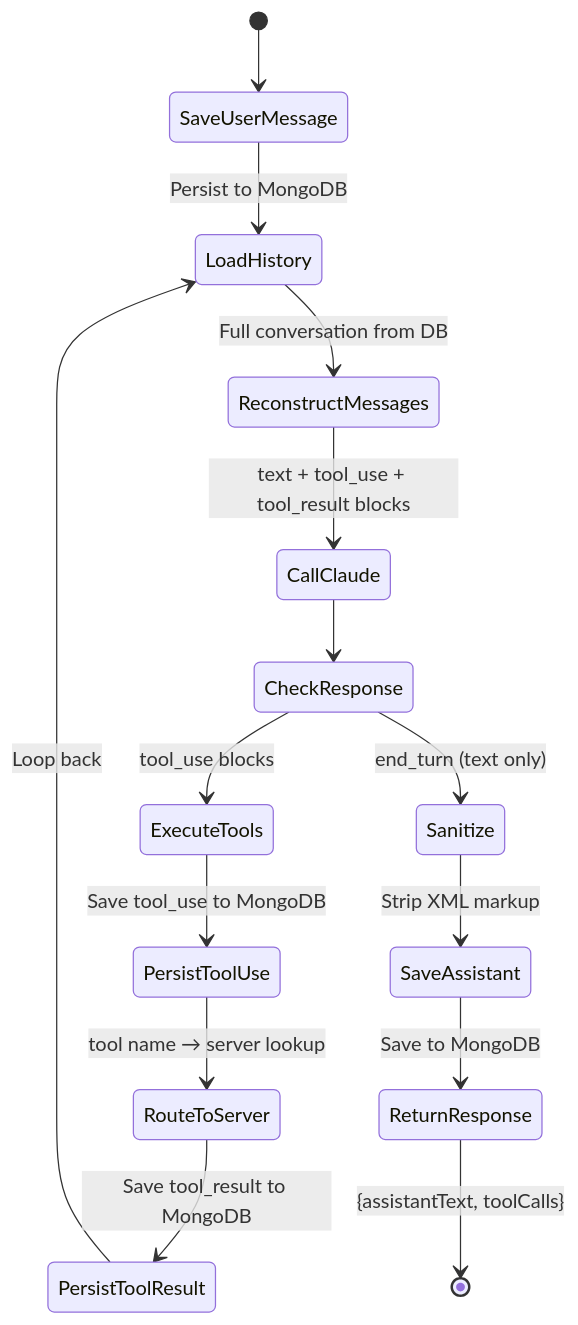
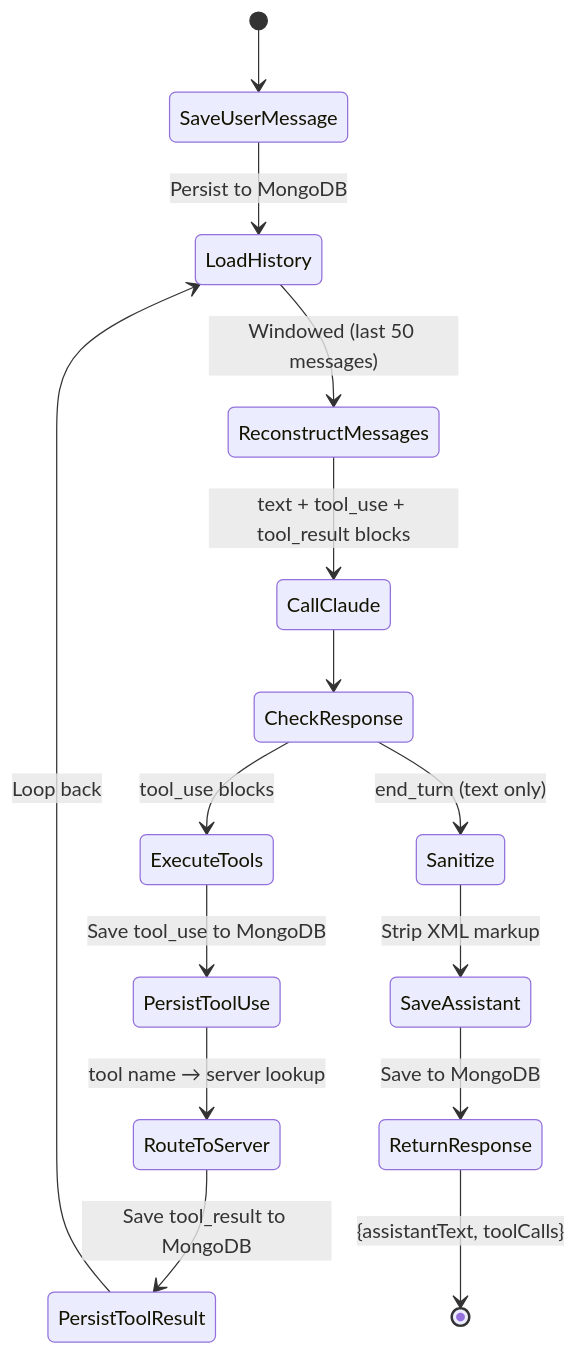
One commit to Isprava/lohono-db-connect changed the eighth of 22 diagrams in Documentation.md. Above: the diagram before and after it, drawn with Mermaid. The commit also changed other lines of this file and 35 other files, not shown here.

First line of the commit message:
feat: modularize architecture with plugin system, circuit breakers, Redis caching, and ACL refactor

````diff
--- a/Documentation.md
+++ b/Documentation.md
@@ -258,20 +283,20 @@
 ```mermaid
 stateDiagram-v2
     [*] --> SaveUserMessage
     SaveUserMessage --> LoadHistory: Persist to MongoDB
-    LoadHistory --> ReconstructMessages: Full conversation from DB
+    LoadHistory --> ReconstructMessages: Windowed (last 50 messages)
     ReconstructMessages --> CallClaude: text + tool_use + tool_result blocks
 
     CallClaude --> CheckResponse
     CheckResponse --> ExecuteTools: tool_use blocks
     CheckResponse --> Sanitize: end_turn (text only)
 
     ExecuteTools --> PersistToolUse: Save tool_use to MongoDB
     PersistToolUse --> RouteToServer: tool name → server lookup
     RouteToServer --> PersistToolResult: Save tool_result to MongoDB
     PersistToolResult --> LoadHistory: Loop back
 
     Sanitize --> SaveAssistant: Strip XML markup
     SaveAssistant --> ReturnResponse: Save to MongoDB
     ReturnResponse --> [*]: {assistantText, toolCalls}
 ```
````
